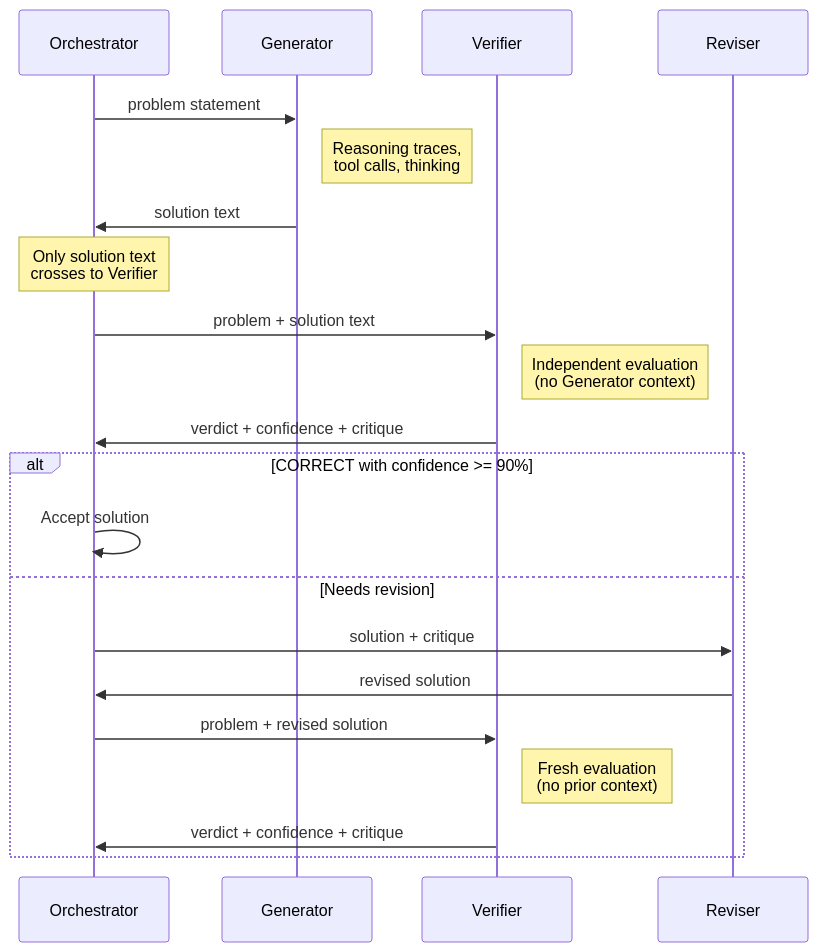
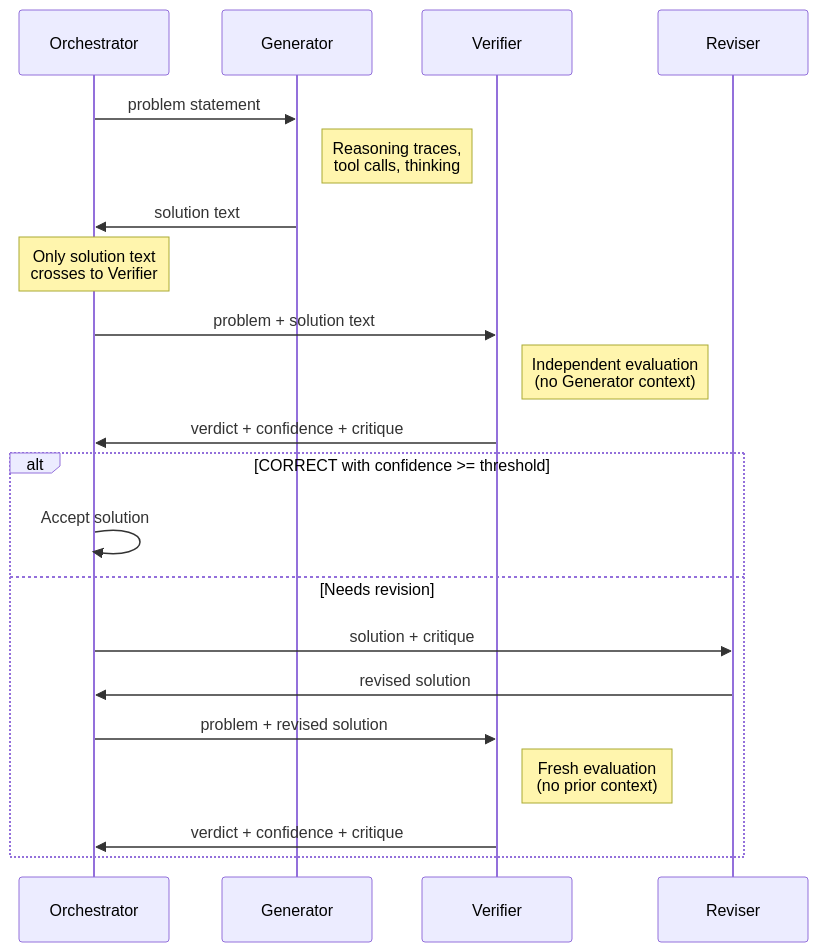
One commit to hyperion-git/alethic changed the first of 2 diagrams in README.md. Above: the diagram before and after it, drawn with Mermaid. The commit also changed other lines of this file, not shown here.

First line of the commit message:
Update README for preset system and configurable confidence threshold

````diff
--- a/README.md
+++ b/README.md
@@ -46,27 +46,27 @@
 ```mermaid
 sequenceDiagram
     participant O as Orchestrator
     participant G as Generator
     participant V as Verifier
     participant R as Reviser
 
     O->>G: problem statement
     Note right of G: Reasoning traces,<br/>tool calls, thinking
     G->>O: solution text
 
     Note over O: Only solution text<br/>crosses to Verifier
 
     O->>V: problem + solution text
     Note right of V: Independent evaluation<br/>(no Generator context)
     V->>O: verdict + confidence + critique
 
-    alt CORRECT with confidence >= 90%
+    alt CORRECT with confidence >= threshold
         O->>O: Accept solution
     else Needs revision
         O->>R: solution + critique
         R->>O: revised solution
         O->>V: problem + revised solution
         Note right of V: Fresh evaluation<br/>(no prior context)
         V->>O: verdict + confidence + critique
     end
 ```
````
